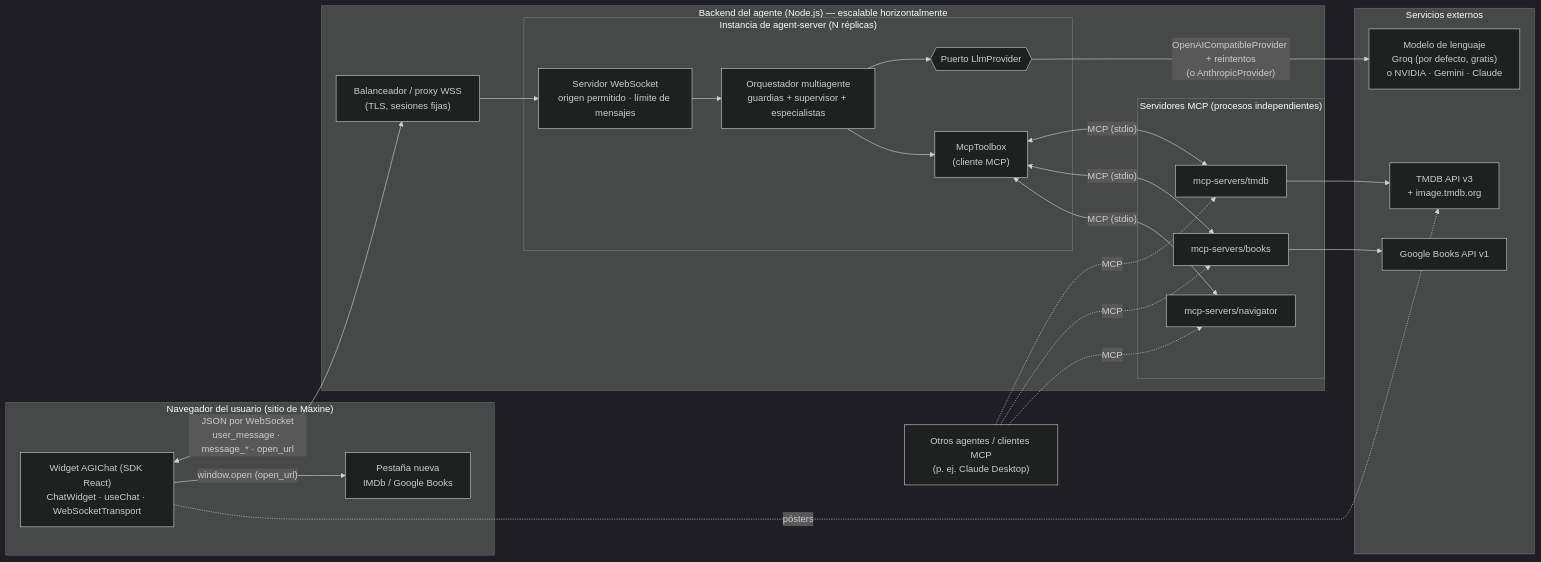
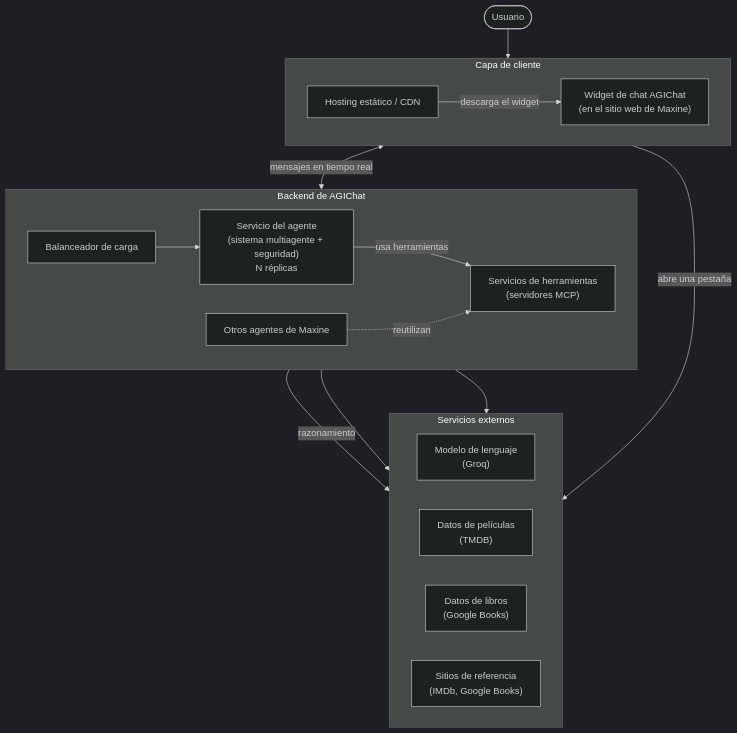
Before and after one commit to JuanGualim/Proyecto1_IA_selectivo: the first of 3 diagrams in docs/AGENTE.md, drawn with Mermaid (dark theme). The commit also changed other lines of this file, not shown here.

Commit message:
docs: simplifica el diagrama de arquitectura de alto nivel
Muestra solo los bloques principales por capas (cliente, backend y servicios externos) sin clases, archivos ni eventos del protocolo. La tabla de componentes internos pasa a la sección de bajo nivel.

````diff
--- a/docs/AGENTE.md
+++ b/docs/AGENTE.md
@@ -28,41 +32,37 @@
 ```mermaid
-flowchart LR
-    subgraph Browser["Navegador del usuario (sitio de Maxine)"]
-        WIDGET["Widget AGIChat (SDK React)<br/>ChatWidget · useChat · WebSocketTransport"]
-        TAB["Pestaña nueva<br/>IMDb / Google Books"]
+flowchart TB
+    USER(["Usuario"])
+
+    subgraph Cliente["Capa de cliente"]
+        direction LR
+        CDN["Hosting estático / CDN"]
+        WIDGET["Widget de chat AGIChat<br/>(en el sitio web de Maxine)"]
     end
 
-    subgraph Backend["Backend del agente (Node.js) — escalable horizontalmente"]
-        LB["Balanceador / proxy WSS<br/>(TLS, sesiones fijas)"]
-        subgraph Instance["Instancia de agent-server (N réplicas)"]
-            WS["Servidor WebSocket<br/>origen permitido · límite de mensajes"]
-            ORCH["Orquestador multiagente<br/>guardias + supervisor + especialistas"]
-            LLMPORT{{"Puerto LlmProvider"}}
-            MCPC["McpToolbox<br/>(cliente MCP)"]
-        end
-        subgraph MCP["Servidores MCP (procesos independientes)"]
-            MTMDB["mcp-servers/tmdb"]
-            MBOOKS["mcp-servers/books"]
-            MNAV["mcp-servers/navigator"]
-        end
+    subgraph Backend["Backend de AGIChat"]
+        direction LR
+        LB["Balanceador de carga"]
+        AGENT["Servicio del agente<br/>(sistema multiagente + seguridad)<br/>N réplicas"]
+        TOOLS["Servicios de herramientas<br/>(servidores MCP)"]
+        OTHER["Otros agentes de Maxine"]
     end
 
-    subgraph External["Servicios externos"]
-        LLMAPI["Modelo de lenguaje<br/>Groq (por defecto, gratis)<br/>o NVIDIA · Gemini · Claude"]
-        TMDB["TMDB API v3<br/>+ image.tmdb.org"]
-        GBOOKS["Google Books API v1"]
+    subgraph Externos["Servicios externos"]
+        direction LR
+        LLM["Modelo de lenguaje<br/>(Groq)"]
+        MOVIES["Datos de películas<br/>(TMDB)"]
+        BOOKS["Datos de libros<br/>(Google Books)"]
+        SITES["Sitios de referencia<br/>(IMDb, Google Books)"]
     end
 
-    OTHER["Otros agentes / clientes MCP<br/>(p. ej. Claude Desktop)"]
-
-    WIDGET <-- "JSON por WebSocket<br/>user_message · message_* · open_url" --> LB --> WS
-    WS --> ORCH
-    ORCH --> LLMPORT -->|"OpenAICompatibleProvider + reintentos<br/>(o AnthropicProvider)"| LLMAPI
-    ORCH --> MCPC
-    MCPC <-- "MCP (stdio)" --> MTMDB & MBOOKS & MNAV
-    MTMDB --> TMDB
-    MBOOKS --> GBOOKS
-    WIDGET -- "window.open (open_url)" --> TAB
-    WIDGET -. "pósters" .-> TMDB
-    OTHER -. "MCP" .-> MTMDB & MBOOKS & MNAV
+    USER --> WIDGET
+    CDN -->|"descarga el widget"| WIDGET
+    WIDGET <-->|"mensajes en tiempo real"| LB
+    LB --> AGENT
+    AGENT -->|"usa herramientas"| TOOLS
+    OTHER -.->|"reutilizan"| TOOLS
+    AGENT -->|"razonamiento"| LLM
+    TOOLS --> MOVIES
+    TOOLS --> BOOKS
+    WIDGET -->|"abre una pestaña"| SITES
 ```
````
